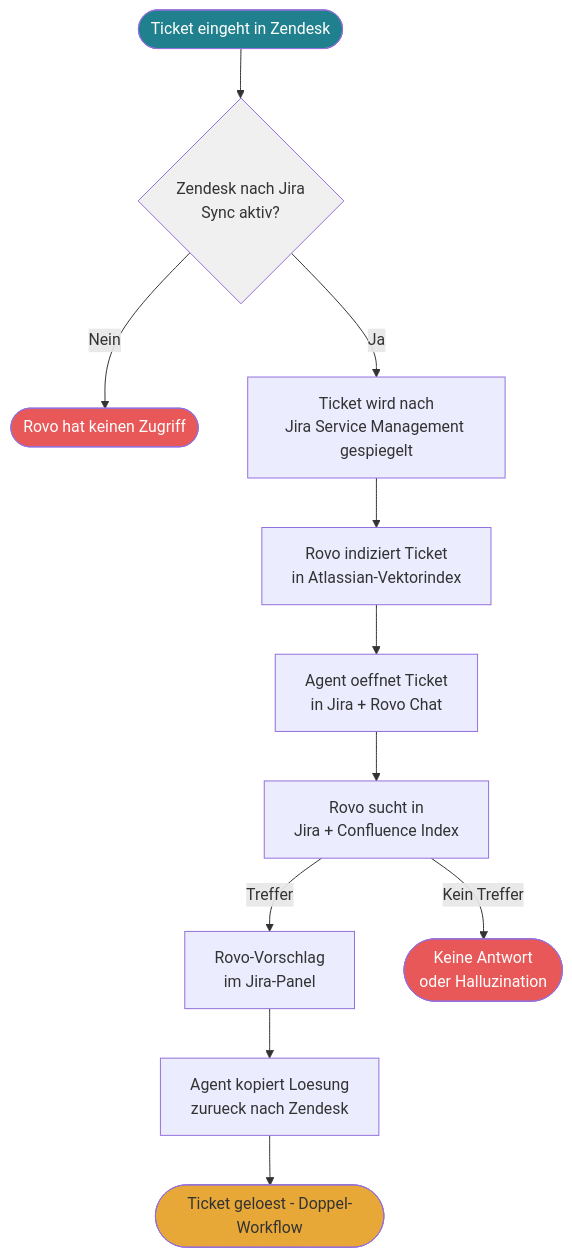
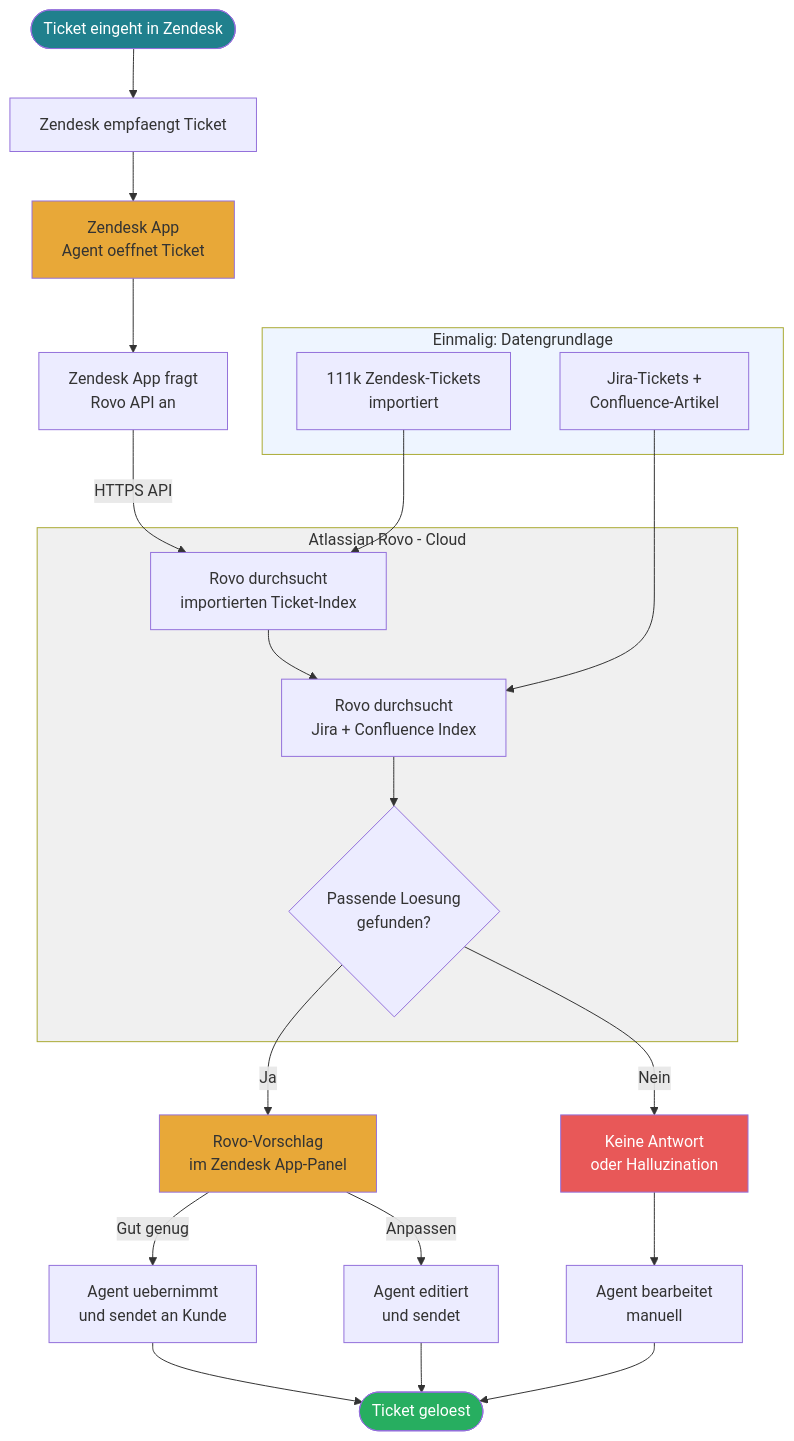
The fifth of 5 diagrams in readme.md (tekknix/zendesk-ai), drawn with Mermaid before and after one commit.

````diff
--- a/readme.md
+++ b/readme.md
@@ -107,19 +107,36 @@
 ```mermaid
 flowchart TD
-    A([Ticket eingeht in Zendesk]) --> B{Zendesk nach Jira<br>Sync aktiv?}
-    B -->|Nein| Z([Rovo hat keinen Zugriff])
-    B -->|Ja| C[Ticket wird nach<br>Jira Service Management gespiegelt]
-    C --> D[Rovo indiziert Ticket<br>in Atlassian-Vektorindex]
-    D --> E[Agent oeffnet Ticket<br>in Jira + Rovo Chat]
-    E --> F[Rovo sucht in<br>Jira + Confluence Index]
-    F -->|Treffer| G[Rovo-Vorschlag<br>im Jira-Panel]
-    F -->|Kein Treffer| X([Keine Antwort<br>oder Halluzination])
-    G --> H[Agent kopiert Loesung<br>zurueck nach Zendesk]
-    H --> L([Ticket geloest - Doppel-Workflow])
+    A([Ticket eingeht in Zendesk]) --> B[Zendesk empfaengt Ticket]
+    B --> C[Zendesk App<br>Agent oeffnet Ticket]
+    C --> D[Zendesk App fragt<br>Rovo API an]
+    D -->|HTTPS API| E[Rovo durchsucht<br>importierten Ticket-Index]
+    E --> F[Rovo durchsucht<br>Jira + Confluence Index]
+    F --> G{Passende Loesung<br>gefunden?}
+    G -->|Ja| H[Rovo-Vorschlag<br>im Zendesk App-Panel]
+    G -->|Nein| X[Keine Antwort<br>oder Halluzination]
+    H -->|Gut genug| I[Agent uebernimmt<br>und sendet an Kunde]
+    H -->|Anpassen| K[Agent editiert<br>und sendet]
+    X --> J[Agent bearbeitet<br>manuell]
+    I --> L([Ticket geloest])
+    K --> L
+    J --> L
+
+    subgraph ROVO [Atlassian Rovo - Cloud]
+        E
+        F
+        G
+    end
+
+    subgraph IMPORT [Einmalig: Datengrundlage]
+        Z1[111k Zendesk-Tickets<br>importiert] --> E
+        Z2[Jira-Tickets +<br>Confluence-Artikel] --> F
+    end
 
     style A fill:#20808D,color:#fff
-    style Z fill:#E85858,color:#fff
+    style C fill:#E8A838,color:#333
+    style H fill:#E8A838,color:#333
+    style L fill:#27AE60,color:#fff
     style X fill:#E85858,color:#fff
-    style L fill:#E8A838,color:#333
-    style B fill:#f0f0f0,color:#333
+    style ROVO fill:#f0f0f0,color:#333
+    style IMPORT fill:#eef5ff,color:#333
 ```
````
